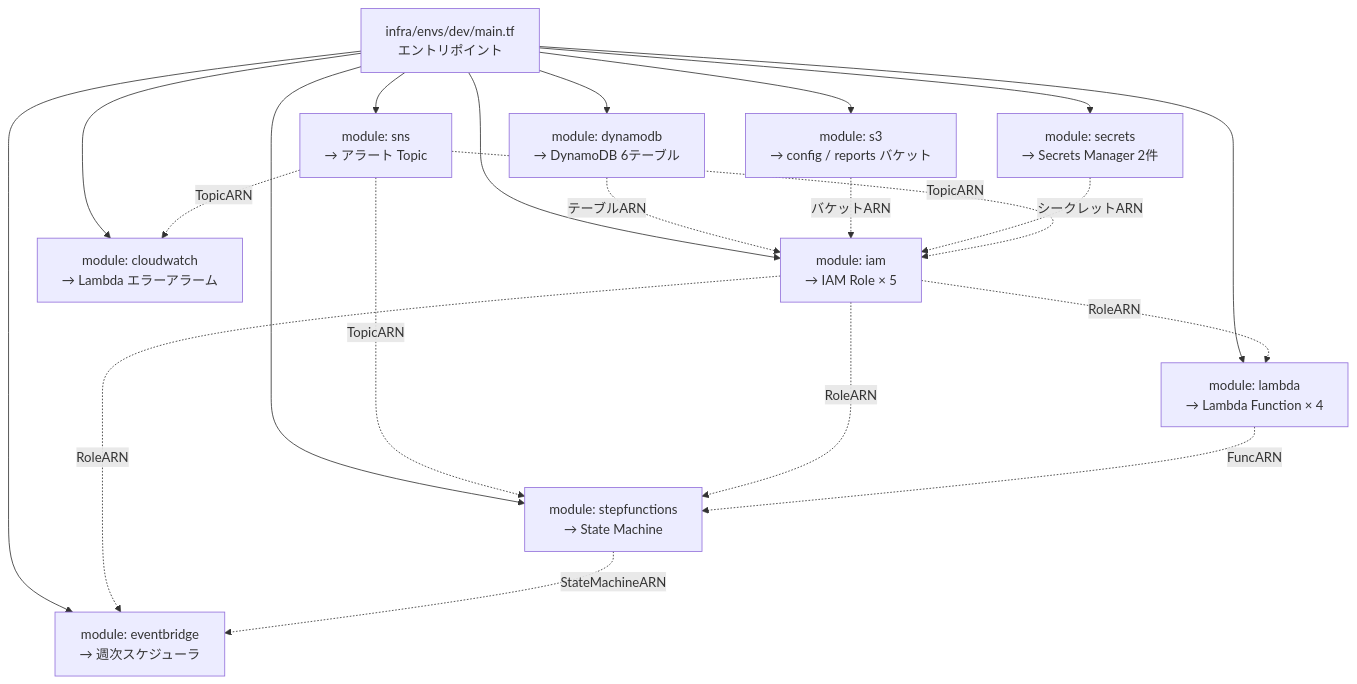
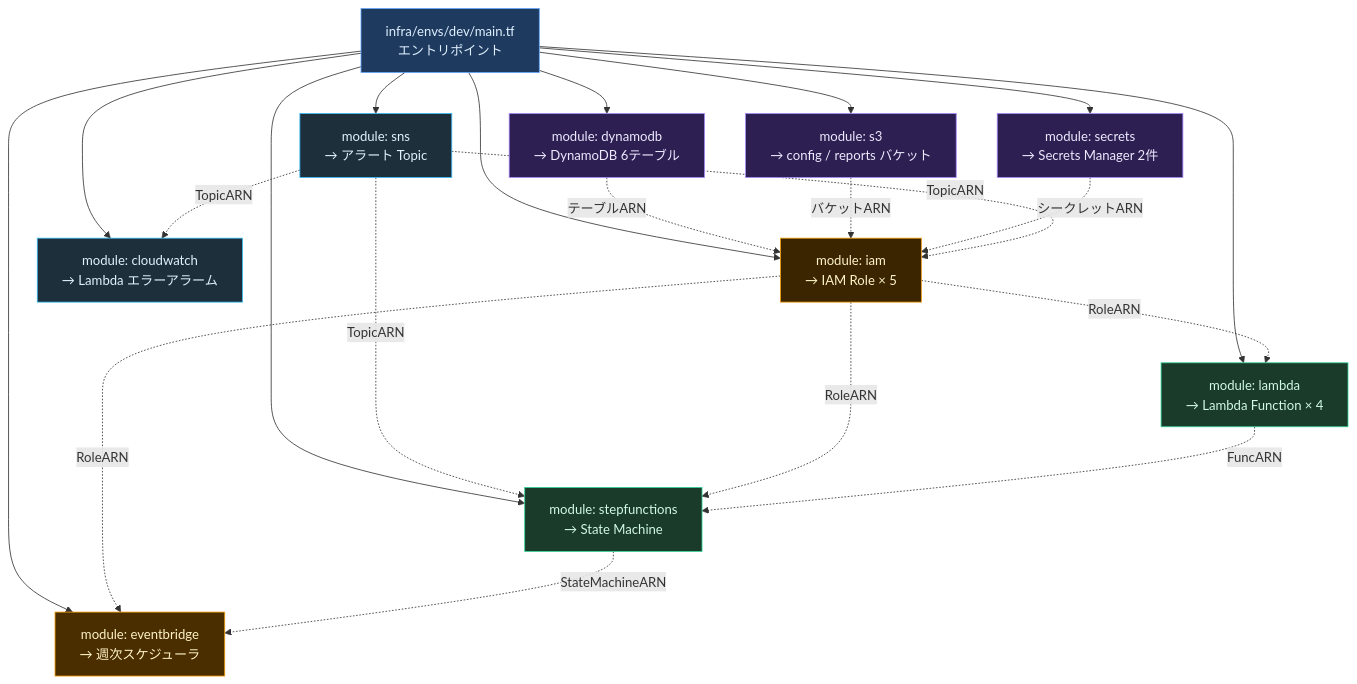
Before and after one commit to nabeo-git/investment: the second of 6 diagrams in docs/05_operations_architecture.md, drawn with Mermaid. The commit also changed other lines of this file, not shown here.

First line of the commit message:
docs: Mermaid図にダーク/ライト両対応の色指定を追加

````diff
--- a/docs/05_operations_architecture.md
+++ b/docs/05_operations_architecture.md
@@ -62,22 +85,37 @@
 ```mermaid
 flowchart TD
     ENTRY["infra/envs/dev/main.tf\nエントリポイント"]
 
     ENTRY --> M1["module: dynamodb\n→ DynamoDB 6テーブル"]
     ENTRY --> M2["module: s3\n→ config / reports バケット"]
     ENTRY --> M3["module: secrets\n→ Secrets Manager 2件"]
     ENTRY --> M4["module: sns\n→ アラート Topic"]
     ENTRY --> M5["module: iam\n→ IAM Role × 5"]
     ENTRY --> M6["module: lambda\n→ Lambda Function × 4"]
     ENTRY --> M7["module: stepfunctions\n→ State Machine"]
     ENTRY --> M8["module: eventbridge\n→ 週次スケジューラ"]
     ENTRY --> M9["module: cloudwatch\n→ Lambda エラーアラーム"]
 
     M1 -.->|テーブルARN| M5
     M2 -.->|バケットARN| M5
     M3 -.->|シークレットARN| M5
-    M4 -.->|TopicARN| M5 & M7 & M9
-    M5 -.->|RoleARN| M6 & M7 & M8
+    M4 -.->|TopicARN| M5
+    M4 -.->|TopicARN| M7
+    M4 -.->|TopicARN| M9
+    M5 -.->|RoleARN| M6
+    M5 -.->|RoleARN| M7
+    M5 -.->|RoleARN| M8
     M6 -.->|FuncARN| M7
     M7 -.->|StateMachineARN| M8
+
+    style ENTRY fill:#1e3a5f,stroke:#60a5fa,color:#e0f0ff
+    style M1 fill:#2d1f52,stroke:#a78bfa,color:#ede9fe
+    style M2 fill:#2d1f52,stroke:#a78bfa,color:#ede9fe
+    style M3 fill:#2d1f52,stroke:#a78bfa,color:#ede9fe
+    style M4 fill:#1c2f3a,stroke:#38bdf8,color:#e0f2fe
+    style M5 fill:#3b2500,stroke:#f59e0b,color:#fef3c7
+    style M6 fill:#1a3a2a,stroke:#34d399,color:#d1fae5
+    style M7 fill:#1a3a2a,stroke:#34d399,color:#d1fae5
+    style M8 fill:#4a2e00,stroke:#f59e0b,color:#fef3c7
+    style M9 fill:#1c2f3a,stroke:#38bdf8,color:#e0f2fe
 ```
````
